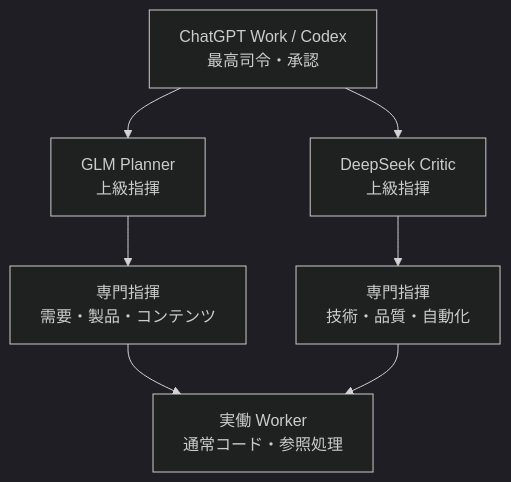
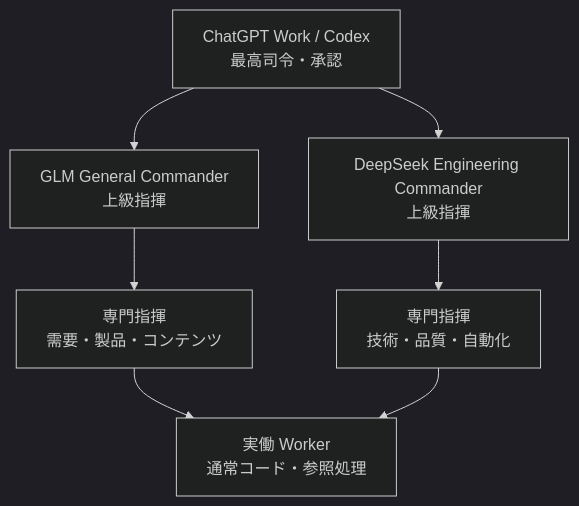
One commit to nyu1791-collab/hf-site-agent changed the diagram in docs/HIERARCHICAL_RUNTIME.md. Above: the diagram before and after it, drawn with Mermaid (dark theme).

Commit message:
Clarify commander labels in hierarchy diagram

````diff
--- a/docs/HIERARCHICAL_RUNTIME.md
+++ b/docs/HIERARCHICAL_RUNTIME.md
@@ -19,9 +19,9 @@
 ```mermaid
 flowchart TD
-  C[ChatGPT Work / Codex\n最高司令・承認] --> Q[GLM Planner\n上級指揮]
-  C --> D[DeepSeek Critic\n上級指揮]
+  C[ChatGPT Work / Codex\n最高司令・承認] --> Q[GLM General Commander\n上級指揮]
+  C --> D[DeepSeek Engineering Commander\n上級指揮]
   Q --> S1[専門指揮\n需要・製品・コンテンツ]
   D --> S2[専門指揮\n技術・品質・自動化]
   S1 --> W[実働 Worker\n通常コード・参照処理]
   S2 --> W
 ```
````
